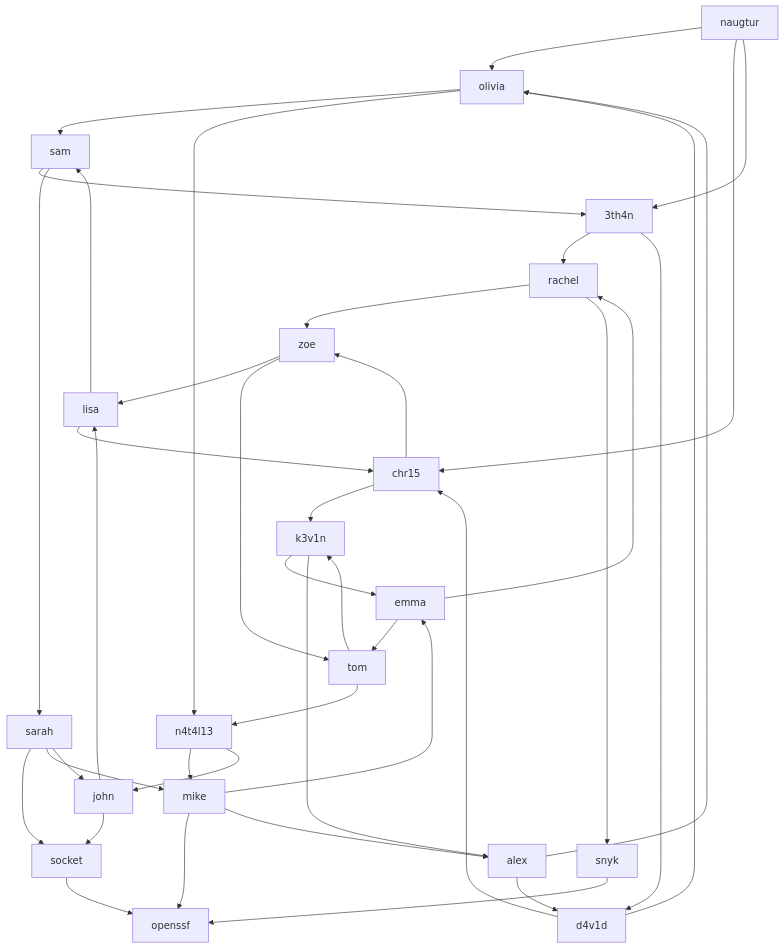
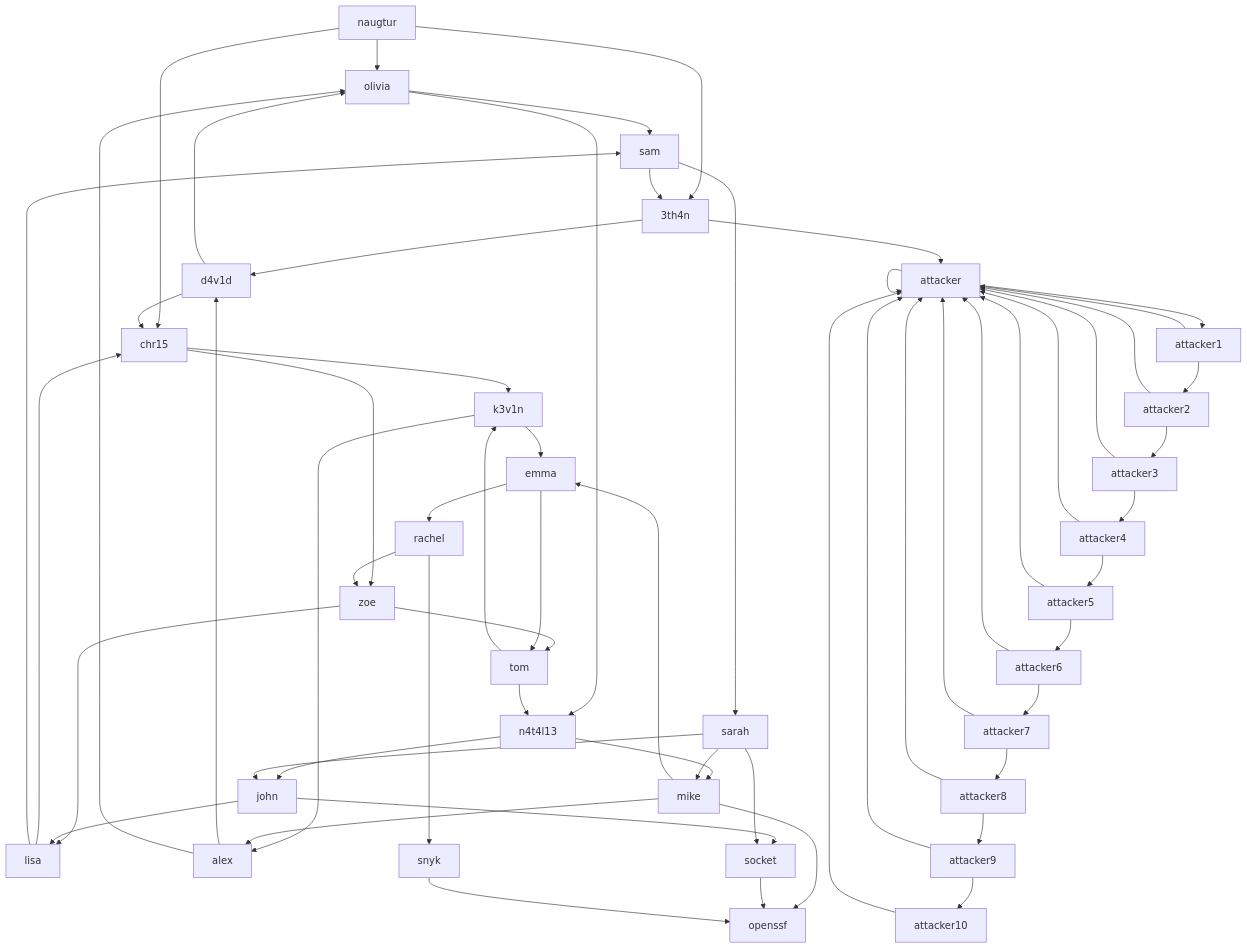
The diagram in graph-example/structure.md (naugtur/trust-graph), drawn with Mermaid before and after one commit. The commit also changed 10 other files, not shown here.

````diff
--- a/graph-example/structure.md
+++ b/graph-example/structure.md
@@ -1,42 +1,63 @@
 ```mermaid
 graph TD
     naugtur --> olivia
     naugtur --> chr15
     naugtur --> 3th4n
-    3th4n --> rachel
+    3th4n --> attacker
     3th4n --> d4v1d
     zoe --> lisa
     zoe --> tom
     k3v1n --> emma
     k3v1n --> alex
     n4t4l13 --> mike
     n4t4l13 --> john
     sam --> 3th4n
     sam --> sarah
     chr15 --> k3v1n
     chr15 --> zoe
     olivia --> sam
     olivia --> n4t4l13
     d4v1d --> olivia
     d4v1d --> chr15
     rachel --> zoe
     rachel --> snyk
     tom --> n4t4l13
     tom --> k3v1n
     lisa --> chr15
     lisa --> sam
     alex --> d4v1d
     alex --> olivia
     emma --> tom
     emma --> rachel
     john --> socket
     john --> lisa
     mike --> openssf
     mike --> emma
     mike --> alex
     sarah --> socket
     sarah --> mike
     sarah --> john
     socket --> openssf
     snyk --> openssf
+    attacker10 --> attacker
+    attacker9 --> attacker
+    attacker9 --> attacker10
+    attacker8 --> attacker
+    attacker8 --> attacker9
+    attacker7 --> attacker
+    attacker7 --> attacker8
+    attacker6 --> attacker
+    attacker6 --> attacker7
+    attacker5 --> attacker
+    attacker5 --> attacker6
+    attacker4 --> attacker
+    attacker4 --> attacker5
+    attacker3 --> attacker
+    attacker3 --> attacker4
+    attacker2 --> attacker
+    attacker2 --> attacker3
+    attacker1 --> attacker
+    attacker1 --> attacker2
+    attacker --> attacker
+    attacker --> attacker1
 ```
````
